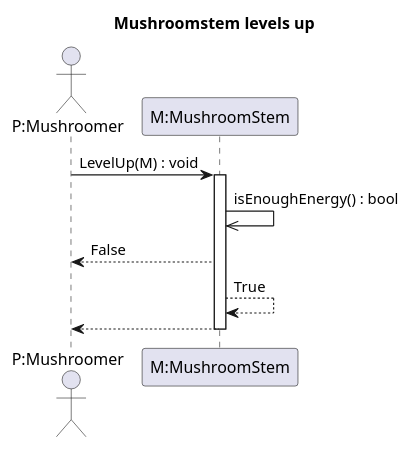
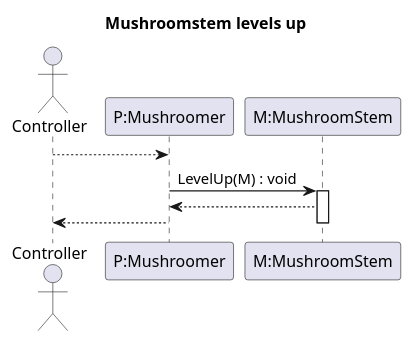
One commit to Petya-G/fungorium changed the diagram in 3/sequence/mushroomStemLevelUp.puml. Above: the diagram before and after it, drawn with PlantUML. The commit also changed 2 other files, not shown here.

Commit message:
removed energy from mushroomstem

```diff
--- a/3/sequence/mushroomStemLevelUp.puml
+++ b/3/sequence/mushroomStemLevelUp.puml
@@ -1,17 +1,15 @@
 @startuml levelUp
 title Mushroomstem levels up
 
-
-actor "P:Mushroomer" as P
+actor Controller
+participant "P:Mushroomer" as P
 participant "M:MushroomStem" as M
 
-
+Controller-->P
 P -> M: LevelUp(M) : void
 activate M
-M ->> M: isEnoughEnergy() : bool
-M --> P: False
-M --> M: True
 M --> P
+P --> Controller 
 deactivate M
 
 @enduml
```
